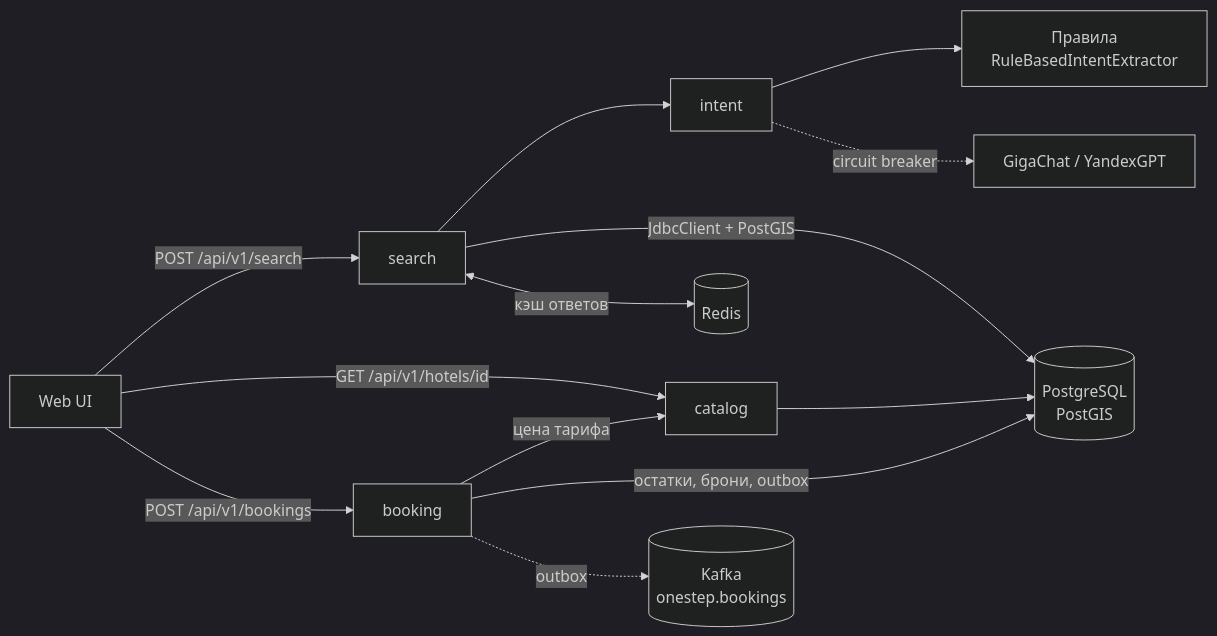
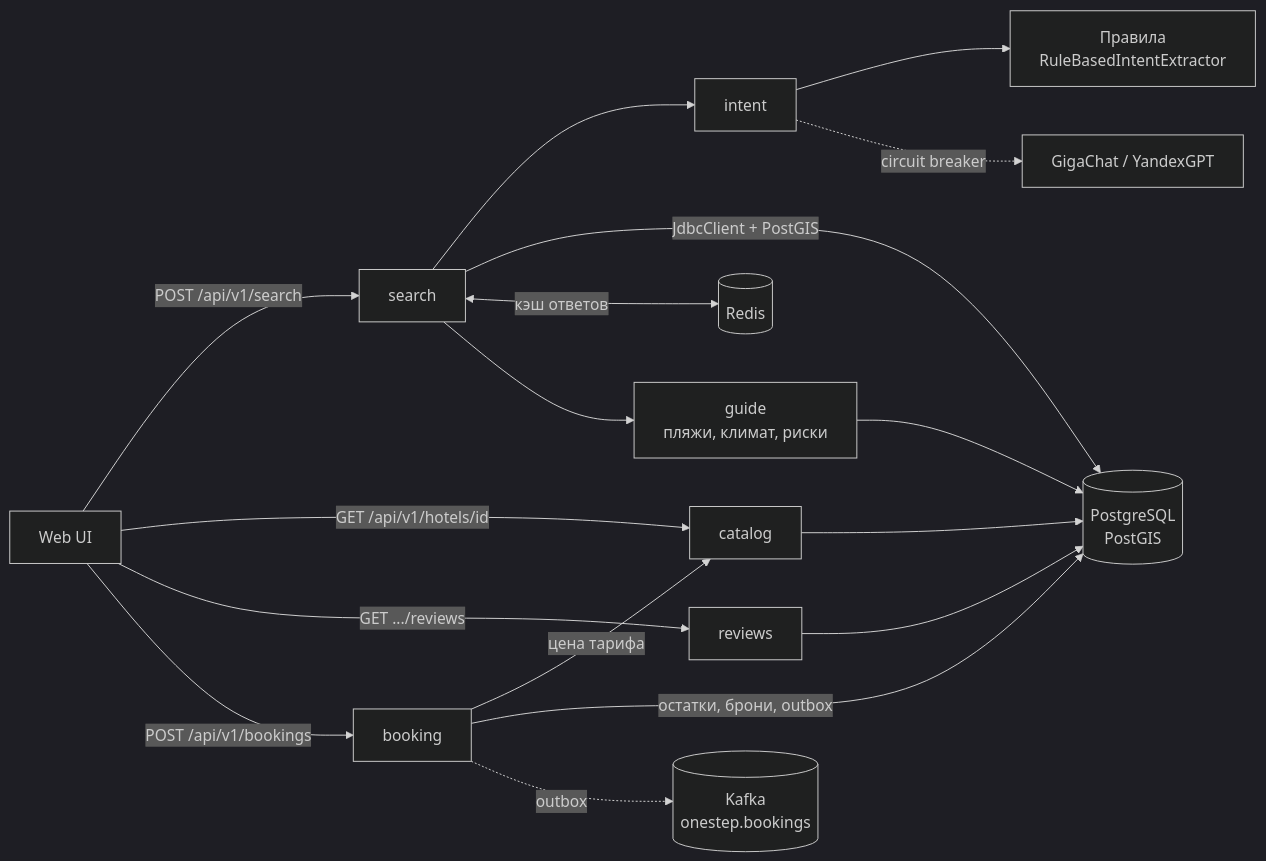
One commit to EvgenEng/chevteam changed the diagram in README.md. Above: the diagram before and after it, drawn with Mermaid (dark theme). The commit also changed other lines of this file and 94 other files, not shown here.

````diff
--- a/README.md
+++ b/README.md
@@ -39,14 +54,17 @@
 ```mermaid
 flowchart LR
     UI[Web UI] -->|POST /api/v1/search| S[search]
     S --> I[intent]
     I --> R[Правила<br/>RuleBasedIntentExtractor]
     I -. circuit breaker .-> L[GigaChat / YandexGPT]
     S -->|JdbcClient + PostGIS| DB[(PostgreSQL<br/>PostGIS)]
     S <-->|кэш ответов| RD[(Redis)]
     UI -->|GET /api/v1/hotels/id| C[catalog] --> DB
+    S --> G[guide<br/>пляжи, климат, риски]
+    G --> DB
+    UI -->|GET .../reviews| RV[reviews] --> DB
     UI -->|POST /api/v1/bookings| B[booking]
     B -->|цена тарифа| C
     B -->|остатки, брони, outbox| DB
     B -. outbox .-> K[(Kafka<br/>onestep.bookings)]
 ```
````
